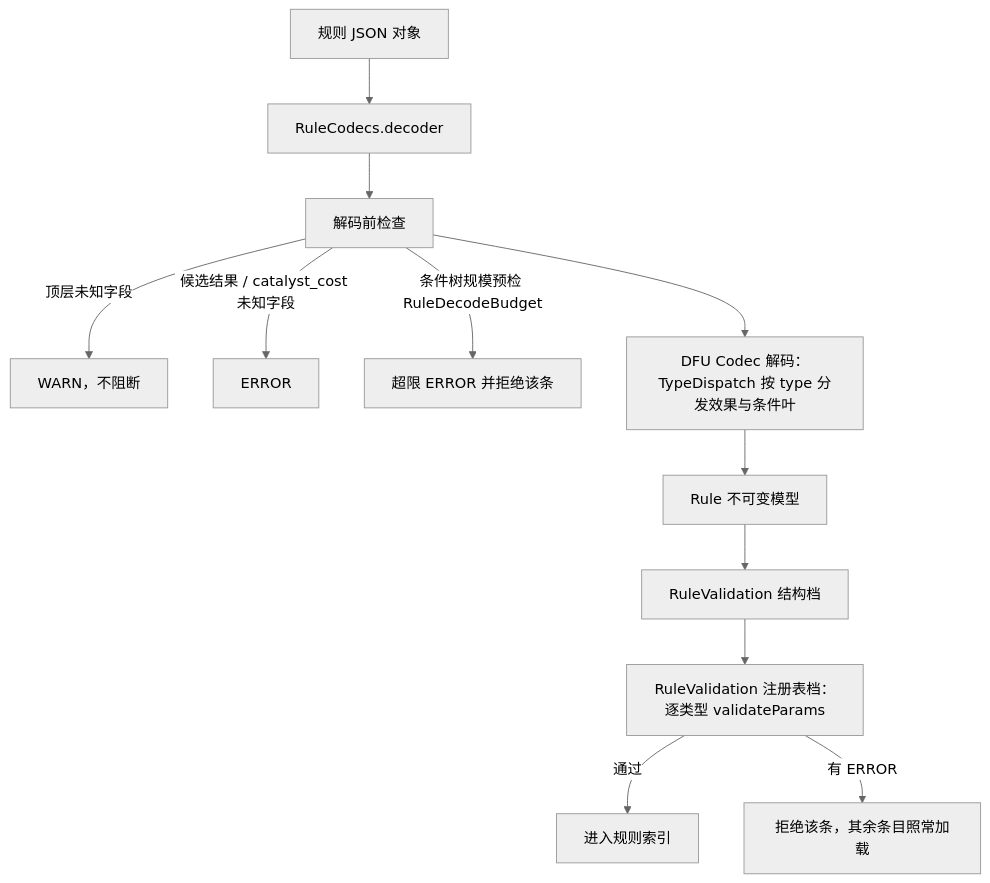
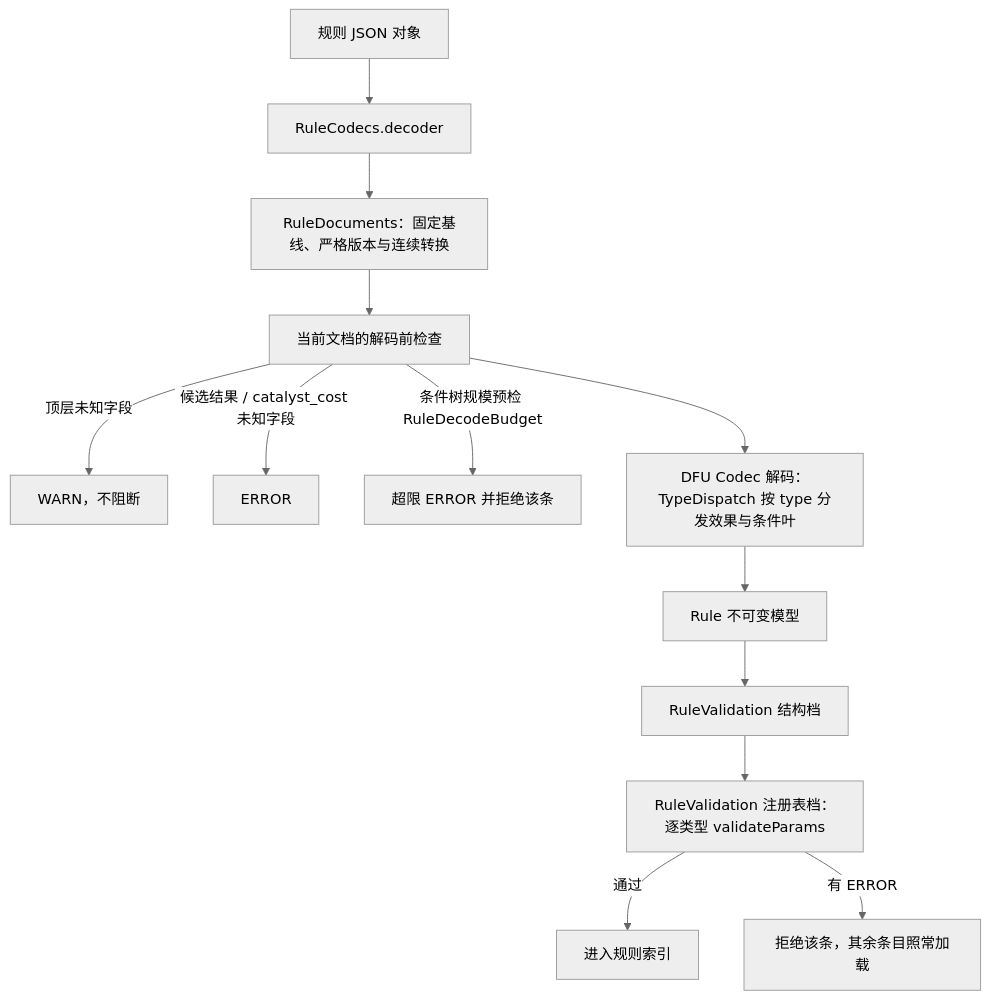
One commit to meteoritel/item-despawn-to-what changed the second of 3 diagrams in docs/modules/rule-model.md. Above: the diagram before and after it, drawn with Mermaid (neutral theme). The commit also changed other lines of this file and 40 other files, not shown here.

````diff
--- a/docs/modules/rule-model.md
+++ b/docs/modules/rule-model.md
@@ -85,14 +85,15 @@
 ```mermaid
 flowchart TB
     A["规则 JSON 对象"] --> B["RuleCodecs.decoder"]
-    B --> C["解码前检查"]
+    B --> V["RuleDocuments：固定基线、严格版本与连续转换"]
+    V --> C["当前文档的解码前检查"]
     C -->|顶层未知字段| C1["WARN，不阻断"]
     C -->|候选结果 / catalyst_cost 未知字段| C2["ERROR"]
     C -->|条件树规模预检 RuleDecodeBudget| C3["超限 ERROR 并拒绝该条"]
     C --> D["DFU Codec 解码：TypeDispatch 按 type 分发效果与条件叶"]
     D --> E["Rule 不可变模型"]
     E --> F["RuleValidation 结构档"]
     F --> G["RuleValidation 注册表档：逐类型 validateParams"]
     G -->|通过| H["进入规则索引"]
     G -->|有 ERROR| I["拒绝该条，其余条目照常加载"]
 ```
````
